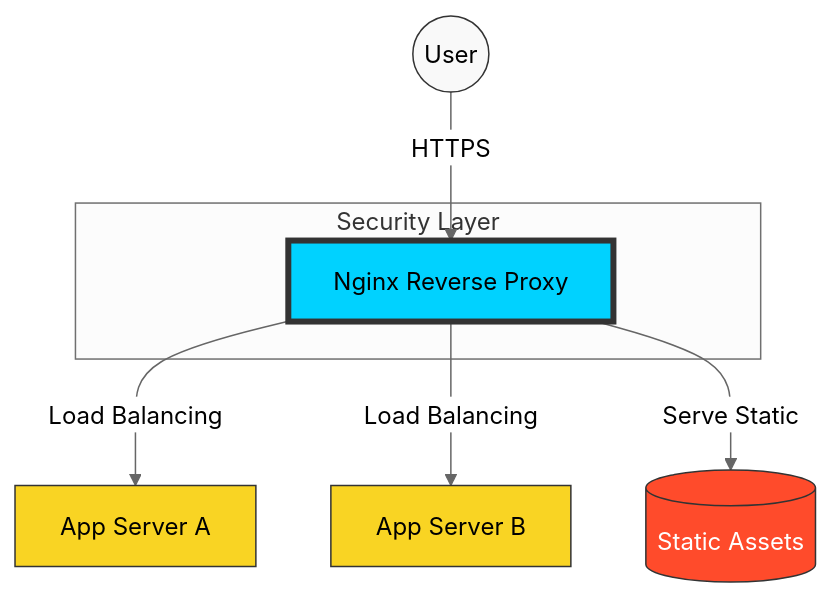
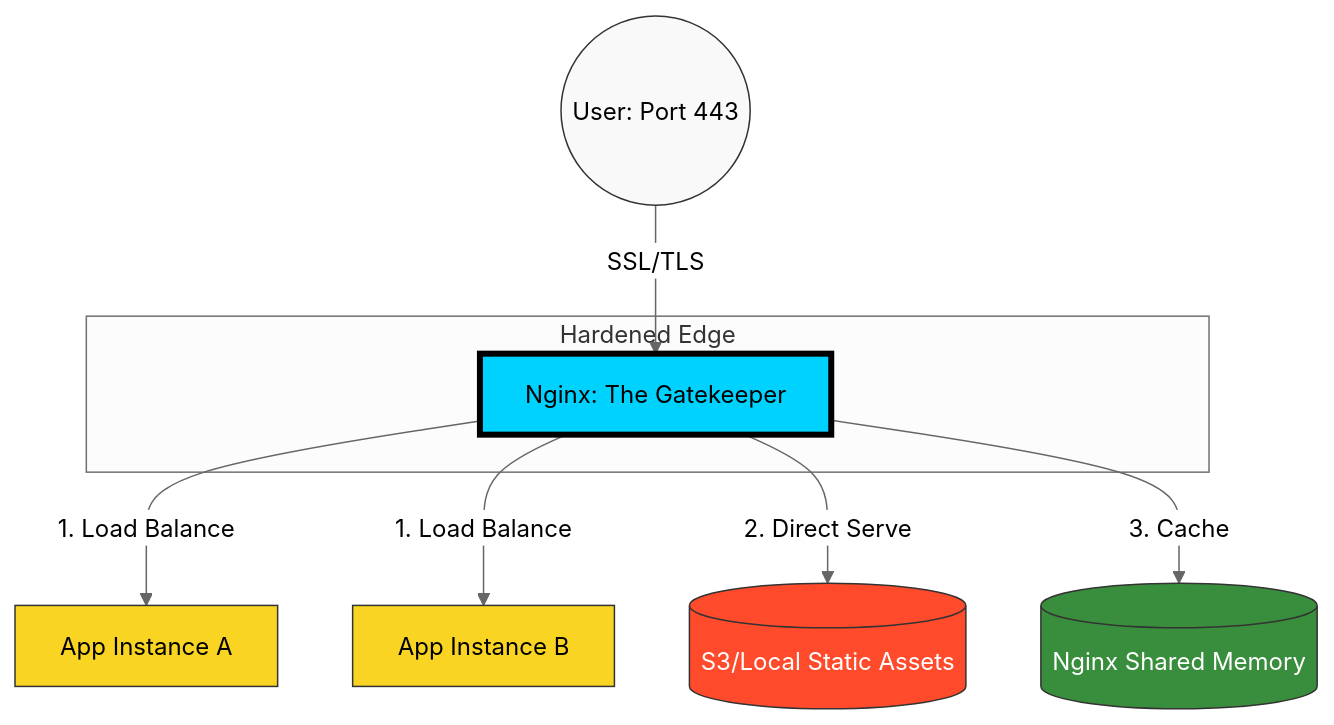
One commit to Ganil151/Devops changed the diagram in 1-Beginner/02-Phase-2/03-Nginx/README.md. Above: the diagram before and after it, drawn with Mermaid (neutral theme). The commit also changed other lines of this file and 62 other files, not shown here.

````diff
--- a/1-Beginner/02-Phase-2/03-Nginx/README.md
+++ b/1-Beginner/02-Phase-2/03-Nginx/README.md
@@ -5,17 +9,20 @@
 ```mermaid
 graph TD
-    User((User)) -->|HTTPS| Proxy[Nginx Reverse Proxy]
-    Proxy -->|Load Balancing| Web1[App Server A]
-    Proxy -->|Load Balancing| Web2[App Server B]
-    Proxy -->|Serve Static| Storage[(Static Assets)]
+    User((User: Port 443)) -->|SSL/TLS| Proxy[Nginx: The Gatekeeper]
     
-    subgraph Security Layer
-    Proxy
+    subgraph Edge_Service [Hardened Edge]
+        Proxy
     end
-    
+
+    Proxy -->|1. Load Balance| App1[App Instance A]
+    Proxy -->|1. Load Balance| App2[App Instance B]
+    Proxy -->|2. Direct Serve| Static[(S3/Local Static Assets)]
+    Proxy -->|3. Cache| Memory[(Nginx Shared Memory)]
+
     style User fill:#f9f9f9,stroke:#333
-    style Proxy fill:#00d2ff,stroke:#333,stroke-width:4px
-    style Web1 fill:#f9d423,stroke:#333
-    style Web2 fill:#f9d423,stroke:#333
-    style Storage fill:#ff4b2b,stroke:#333,color:#fff
+    style Proxy fill:#00d2ff,stroke:#000,stroke-width:4px
+    style App1 fill:#f9d423,stroke:#333
+    style App2 fill:#f9d423,stroke:#333
+    style Static fill:#ff4b2b,stroke:#333,color:#fff
+    style Memory fill:#388e3c,stroke:#333,color:#fff
 ```
````
